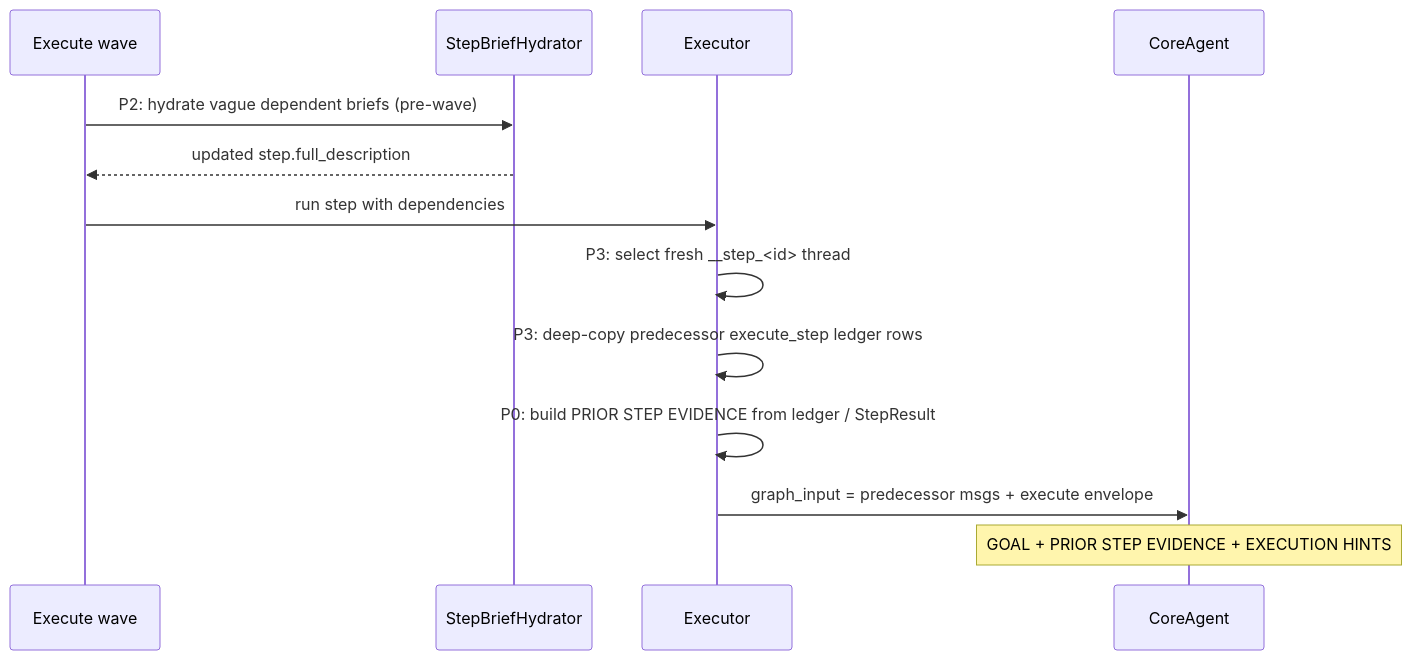
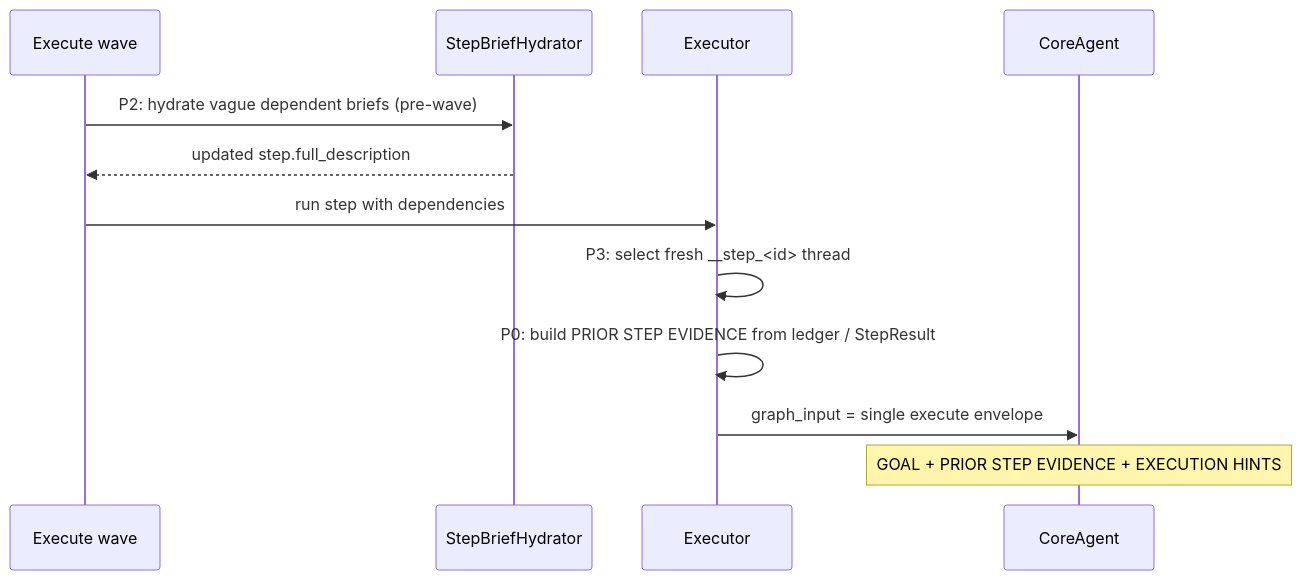
The diagram in docs/impl/IG-536-dependent-step-prompt-grounding.md (OpenSoothe/soothe), drawn with Mermaid before and after one commit. The commit also changed other lines of this file and 60 other files, not shown here.

````diff
--- a/docs/impl/IG-536-dependent-step-prompt-grounding.md
+++ b/docs/impl/IG-536-dependent-step-prompt-grounding.md
@@ -41,16 +41,15 @@
 ```mermaid
 sequenceDiagram
     participant Wave as Execute wave
     participant Hydr as StepBriefHydrator
     participant Exec as Executor
     participant CE as CoreAgent
 
     Wave->>Hydr: P2: hydrate vague dependent briefs (pre-wave)
     Hydr-->>Wave: updated step.full_description
     Wave->>Exec: run step with dependencies
     Exec->>Exec: P3: select fresh __step_<id> thread
-    Exec->>Exec: P3: deep-copy predecessor execute_step ledger rows
     Exec->>Exec: P0: build PRIOR STEP EVIDENCE from ledger / StepResult
-    Exec->>CE: graph_input = predecessor msgs + execute envelope
+    Exec->>CE: graph_input = single execute envelope
     Note over CE: GOAL + PRIOR STEP EVIDENCE + EXECUTION HINTS
 ```
````
